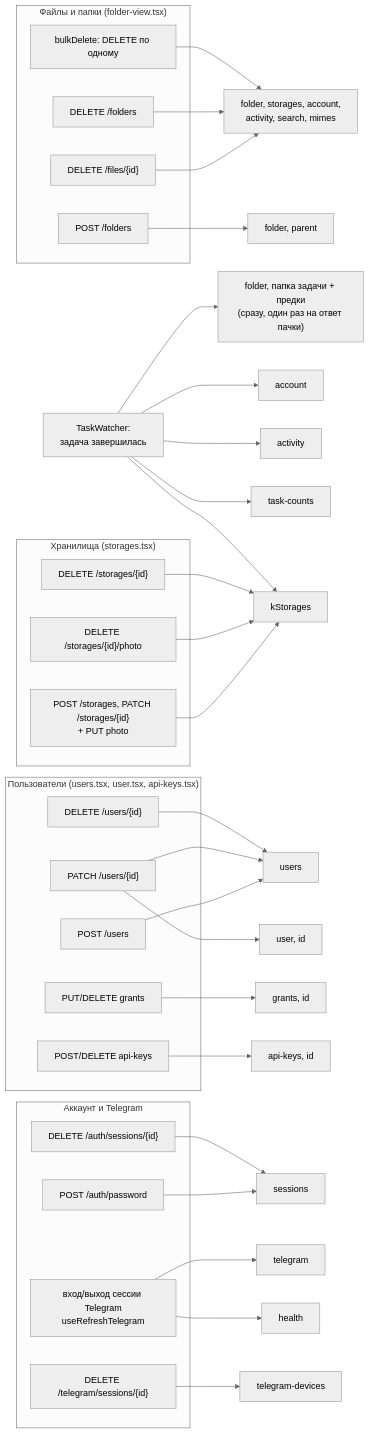
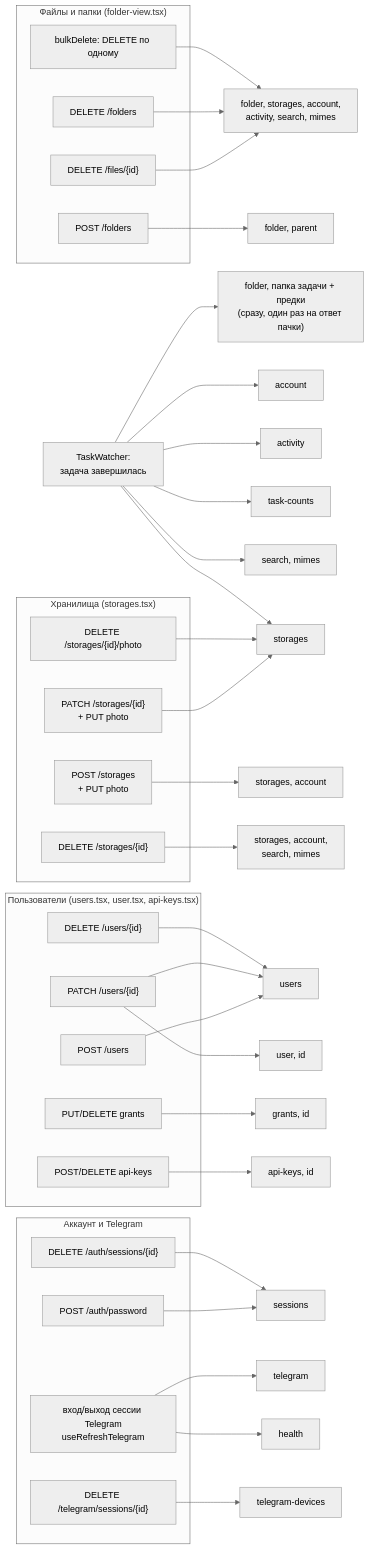
One commit to NikitkaZXC/tcloud-frontend changed the first of 5 diagrams in docs/data-flow.md. Above: the diagram before and after it, drawn with Mermaid (neutral theme). The commit also changed other lines of this file and 4 other files, not shown here.

Commit message:
fix: creating or deleting a storage refreshes the account query so the channels ring counts it at once

````diff
--- a/docs/data-flow.md
+++ b/docs/data-flow.md
@@ -38,50 +38,53 @@
 ```mermaid
 flowchart LR
     subgraph files["Файлы и папки (folder-view.tsx)"]
         delFile["DELETE /files/{id}"]
         delFolder["DELETE /folders"]
         bulk["bulkDelete: DELETE по одному"]
         mkdir["POST /folders"]
     end
     subgraph st["Хранилища (storages.tsx)"]
-        stSave["POST /storages, PATCH /storages/{id}<br/>+ PUT photo"]
+        stCreate["POST /storages<br/>+ PUT photo"]
+        stSave["PATCH /storages/{id}<br/>+ PUT photo"]
         stPhoto["DELETE /storages/{id}/photo"]
         stDel["DELETE /storages/{id}"]
     end
     subgraph adm["Пользователи (users.tsx, user.tsx, api-keys.tsx)"]
         uCreate["POST /users"]
         uPatch["PATCH /users/{id}"]
         uDel["DELETE /users/{id}"]
         grant["PUT/DELETE grants"]
         key["POST/DELETE api-keys"]
     end
     subgraph acc["Аккаунт и Telegram"]
         pwd["POST /auth/password"]
         sess["DELETE /auth/sessions/{id}"]
         tgStep["вход/выход сессии Telegram<br/>useRefreshTelegram"]
         dev["DELETE /telegram/sessions/{id}"]
     end
     watcher["TaskWatcher:<br/>задача завершилась"]
 
     delFile & delFolder & bulk --> kDeleted["folder, storages, account,<br/>activity, search, mimes"]
     mkdir --> kFolderP["folder, parent"]
-    stSave --> kStorages
+    stCreate --> kStorageAcc["storages, account"]
+    stSave --> kStorages["storages"]
     stPhoto --> kStorages
-    stDel --> kStorages
+    stDel --> kStorageDel["storages, account,<br/>search, mimes"]
     uCreate --> kUsers["users"]
     uPatch --> kUsers
     uPatch --> kUser["user, id"]
     uDel --> kUsers
     grant --> kGrants["grants, id"]
     key --> kKeys["api-keys, id"]
     pwd --> kSessions["sessions"]
     sess --> kSessions
     tgStep --> kTelegram["telegram"]
     tgStep --> kHealth["health"]
     dev --> kDevices["telegram-devices"]
     watcher --> kFolderT["folder, папка задачи + предки<br/>(сразу, один раз на ответ пачки)"]
     watcher --> kStorages
     watcher --> kAccount["account"]
     watcher --> kActivity["activity"]
     watcher --> kCounts["task-counts"]
+    watcher --> kSearch["search, mimes"]
 ```
````
